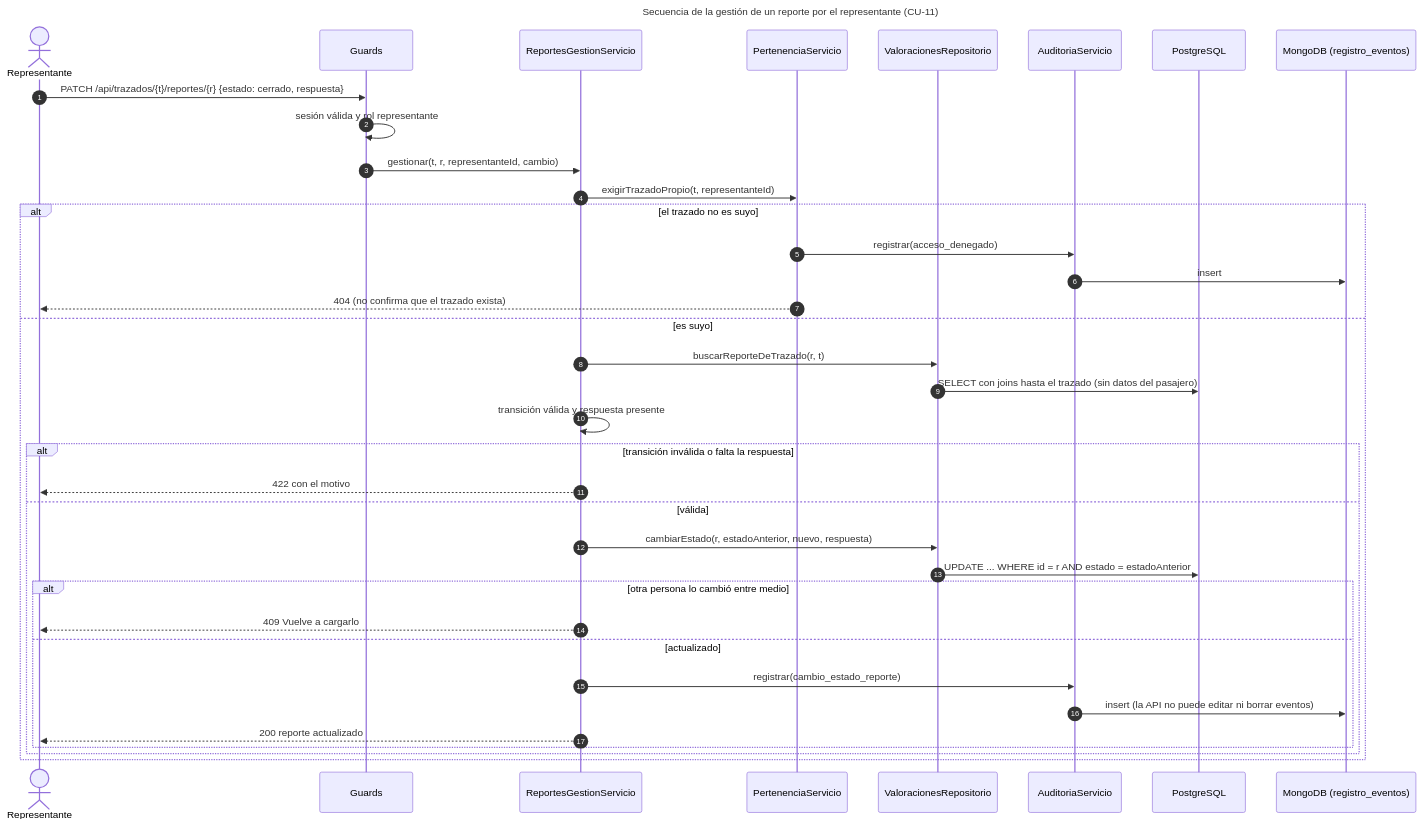
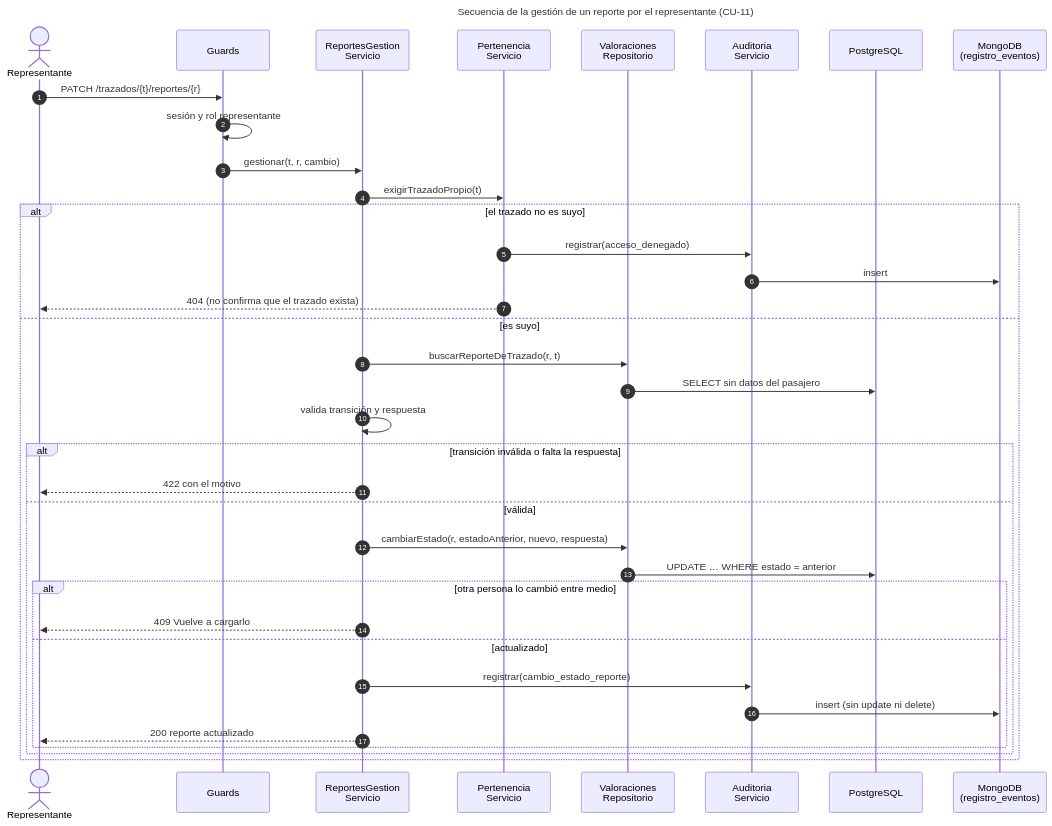
The diagram in docs/uml/12-secuencia-gestion-reporte.mmd (bejota64/colectivos), drawn with Mermaid before and after one commit. The commit also changed 7 other files, not shown here.

Commit message:
Informe de la Eva 4 y diagramas UML mas legibles

```diff
--- a/docs/uml/12-secuencia-gestion-reporte.mmd
+++ b/docs/uml/12-secuencia-gestion-reporte.mmd
@@ -1,40 +1,40 @@
 ---
 title: Secuencia de la gestión de un reporte por el representante (CU-11)
 ---
 sequenceDiagram
   autonumber
   actor RP as Representante
   participant G as Guards
-  participant S as ReportesGestionServicio
-  participant PE as PertenenciaServicio
-  participant V as ValoracionesRepositorio
-  participant A as AuditoriaServicio
+  participant S as ReportesGestion<br/>Servicio
+  participant PE as Pertenencia<br/>Servicio
+  participant V as Valoraciones<br/>Repositorio
+  participant A as Auditoria<br/>Servicio
   participant PG as PostgreSQL
-  participant MG as MongoDB (registro_eventos)
+  participant MG as MongoDB<br/>(registro_eventos)
 
-  RP->>G: PATCH /api/trazados/{t}/reportes/{r} {estado: cerrado, respuesta}
-  G->>G: sesión válida y rol representante
-  G->>S: gestionar(t, r, representanteId, cambio)
-  S->>PE: exigirTrazadoPropio(t, representanteId)
+  RP->>G: PATCH /trazados/{t}/reportes/{r}
+  G->>G: sesión y rol representante
+  G->>S: gestionar(t, r, cambio)
+  S->>PE: exigirTrazadoPropio(t)
   alt el trazado no es suyo
     PE->>A: registrar(acceso_denegado)
     A->>MG: insert
     PE-->>RP: 404 (no confirma que el trazado exista)
   else es suyo
     S->>V: buscarReporteDeTrazado(r, t)
-    V->>PG: SELECT con joins hasta el trazado (sin datos del pasajero)
-    S->>S: transición válida y respuesta presente
+    V->>PG: SELECT sin datos del pasajero
+    S->>S: valida transición y respuesta
     alt transición inválida o falta la respuesta
       S-->>RP: 422 con el motivo
     else válida
       S->>V: cambiarEstado(r, estadoAnterior, nuevo, respuesta)
-      V->>PG: UPDATE ... WHERE id = r AND estado = estadoAnterior
+      V->>PG: UPDATE … WHERE estado = anterior
       alt otra persona lo cambió entre medio
         S-->>RP: 409 Vuelve a cargarlo
       else actualizado
         S->>A: registrar(cambio_estado_reporte)
-        A->>MG: insert (la API no puede editar ni borrar eventos)
+        A->>MG: insert (sin update ni delete)
         S-->>RP: 200 reporte actualizado
       end
     end
   end
```
